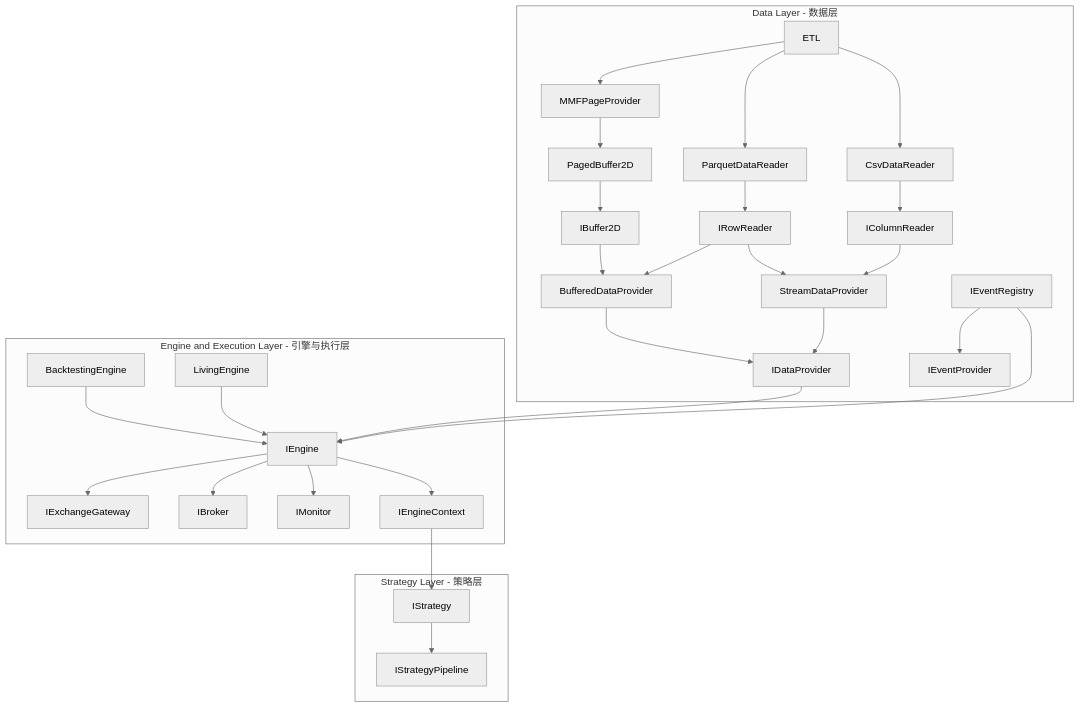
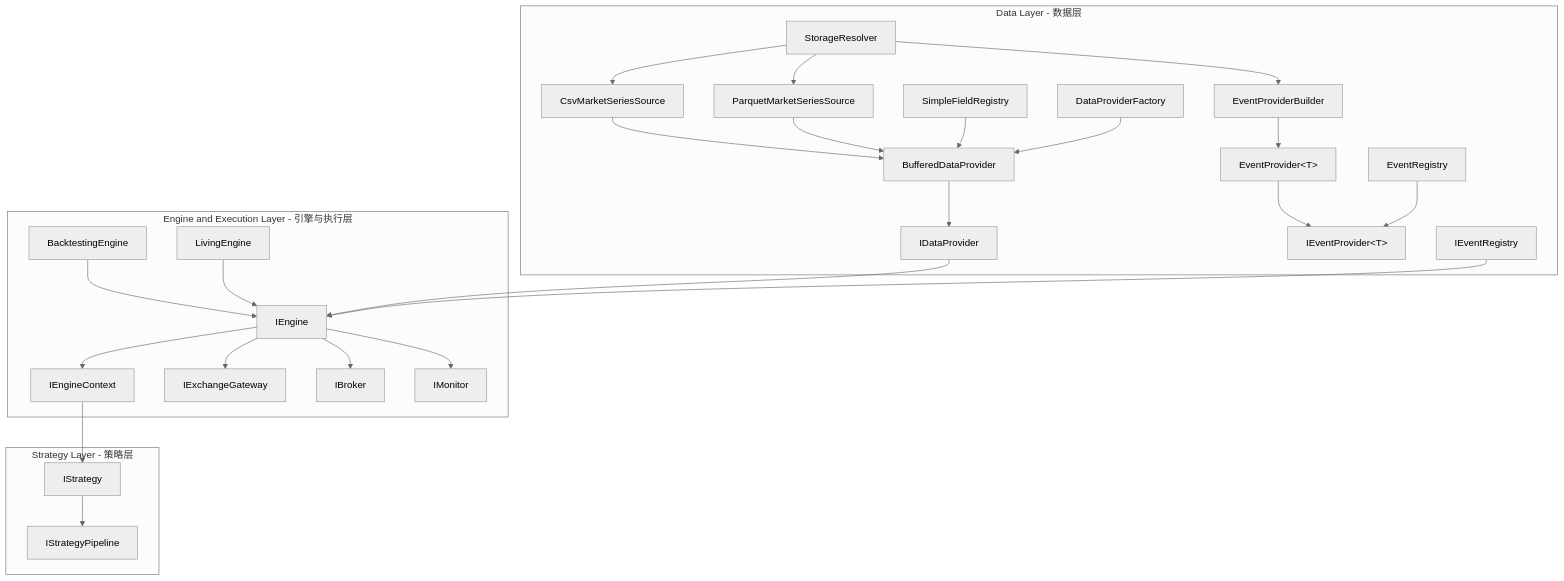
Before and after one commit to CRThu/CarrotQuant.Net: the diagram in AGENTS.md, drawn with Mermaid (neutral theme). The commit also changed other lines of this file and 4 other files, not shown here.

First line of the commit message:
feat(DataLayer): 实现异构事件流系统，支持 EventProvider 与 EventRegistry

````diff
--- a/AGENTS.md
+++ b/AGENTS.md
@@ -9,60 +9,56 @@
 ```mermaid
 graph TD
     subgraph DataLayer [Data Layer - 数据层]
-        ETL[ETL]
-        MMFPageProvider[MMFPageProvider]
-        ParquetDataReader[ParquetDataReader]
-        CsvDataReader[CsvDataReader]
-        PagedBuffer2D[PagedBuffer2D]
-        IRowReader[IRowReader]
-        IColumnReader[IColumnReader]
-        IBuffer2D[IBuffer2D]
+        StorageResolver[StorageResolver]
+        CsvMarketSeriesSource[CsvMarketSeriesSource]
+        ParquetMarketSeriesSource[ParquetMarketSeriesSource]
+        SimpleFieldRegistry[SimpleFieldRegistry]
         BufferedDataProvider[BufferedDataProvider]
-        StreamDataProvider[StreamDataProvider]
+        DataProviderFactory[DataProviderFactory]
         IDataProvider[IDataProvider]
+        EventProvider[EventProvider&lt;T&gt;]
+        EventProviderBuilder[EventProviderBuilder]
+        EventRegistry[EventRegistry]
+        IEventProvider[IEventProvider&lt;T&gt;]
         IEventRegistry[IEventRegistry]
-        IEventProvider[IEventProvider]
 
-        ETL --> MMFPageProvider
-        ETL --> ParquetDataReader
-        ETL --> CsvDataReader
-        MMFPageProvider --> PagedBuffer2D
-        ParquetDataReader --> IRowReader
-        CsvDataReader --> IColumnReader
-        PagedBuffer2D --> IBuffer2D
-        IBuffer2D --> BufferedDataProvider
-        IRowReader --> BufferedDataProvider
-        IColumnReader --> StreamDataProvider
-        IRowReader --> StreamDataProvider
+        StorageResolver --> CsvMarketSeriesSource
+        StorageResolver --> ParquetMarketSeriesSource
+        CsvMarketSeriesSource --> BufferedDataProvider
+        ParquetMarketSeriesSource --> BufferedDataProvider
+        SimpleFieldRegistry --> BufferedDataProvider
         BufferedDataProvider --> IDataProvider
-        StreamDataProvider --> IDataProvider
-        IEventRegistry --> IEventProvider
+        DataProviderFactory --> BufferedDataProvider
+        StorageResolver --> EventProviderBuilder
+        EventProviderBuilder --> EventProvider
+        EventProvider --> IEventProvider
+        EventRegistry --> IEventProvider
     end
 
     subgraph EngineExecutionLayer [Engine and Execution Layer - 引擎与执行层]
         BacktestingEngine[BacktestingEngine]
         LivingEngine[LivingEngine]
         IEngine[IEngine]
         IEngineContext[IEngineContext]
         IExchangeGateway[IExchangeGateway]
         IBroker[IBroker]
         IMonitor[IMonitor]
 
         BacktestingEngine --> IEngine
         LivingEngine --> IEngine
         IDataProvider --> IEngine
         IEventRegistry --> IEngine
         IEngine --> IExchangeGateway
         IEngine --> IBroker
         IEngine --> IMonitor
         IEngine --> IEngineContext
     end
 
     subgraph StrategyLayer [Strategy Layer - 策略层]
         IStrategy[IStrategy]
         IStrategyPipeline[IStrategyPipeline]
 
         IEngineContext --> IStrategy
         IStrategy --> IStrategyPipeline
     end
 ```
````
